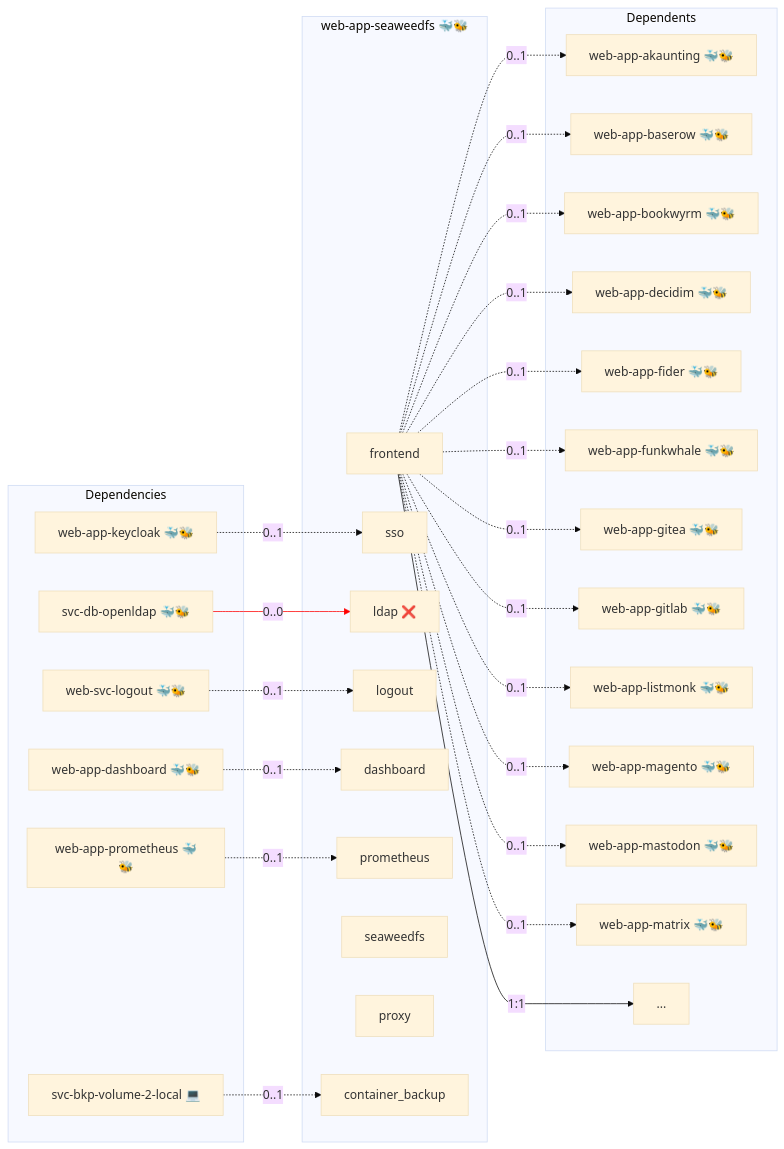
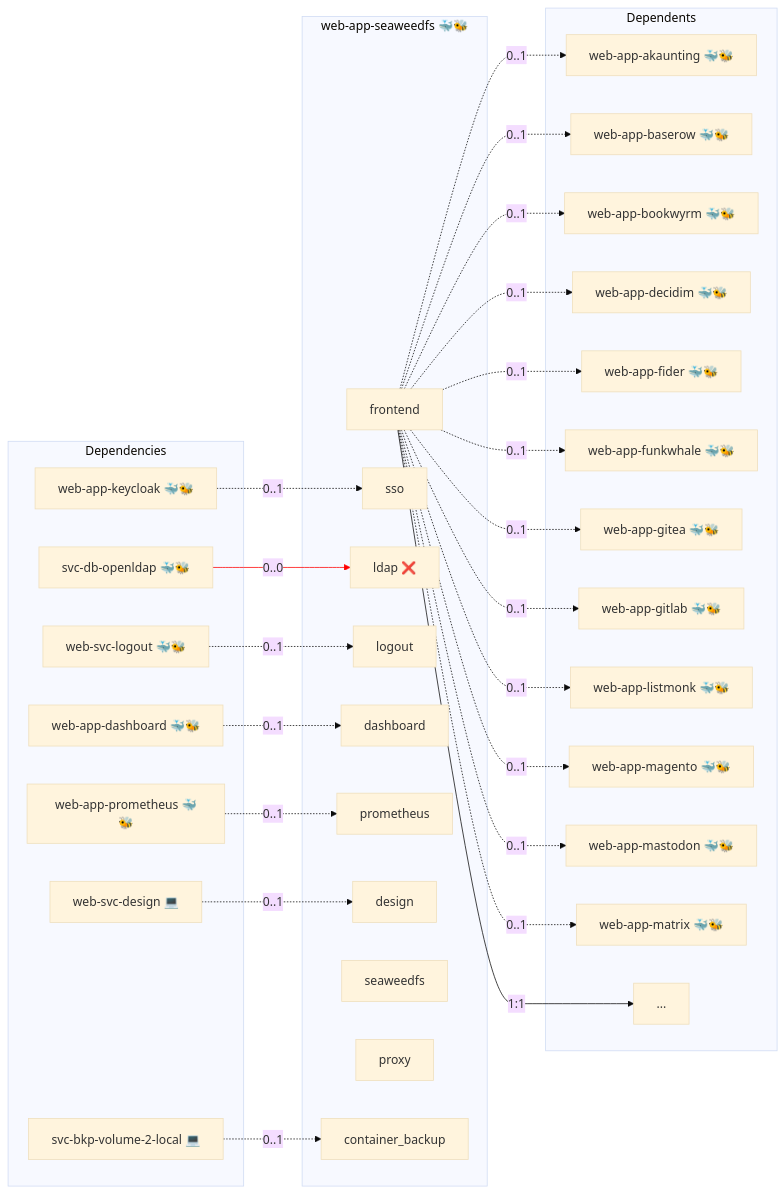
Before and after one commit to infinito-nexus/core: the diagram in roles/web-app-seaweedfs/README.md, drawn with Mermaid (base theme). The commit also changed 1 other file, not shown here.

Commit message:
docs(web-app-seaweedfs): list the design dependency in generated docs
SeaweedFS gained a design entry in meta/services.yml with its design
pass. make docs regenerates the role table in README.md and the Cosmos
diagram of the role README from that metadata, so both now show the
Corporate Design dependency and its conditional edge.

````diff
--- a/roles/web-app-seaweedfs/README.md
+++ b/roles/web-app-seaweedfs/README.md
@@ -29,57 +29,60 @@
 ```mermaid
 flowchart LR
     subgraph deps [Dependencies]
         dep_svc_bkp_volume_2_local["svc-bkp-volume-2-local 💻"]
         dep_svc_db_openldap["svc-db-openldap 🐳🐝"]
         dep_web_app_dashboard["web-app-dashboard 🐳🐝"]
         dep_web_app_keycloak["web-app-keycloak 🐳🐝"]
         dep_web_app_prometheus["web-app-prometheus 🐳🐝"]
+        dep_web_svc_design["web-svc-design 💻"]
         dep_web_svc_logout["web-svc-logout 🐳🐝"]
     end
     subgraph role [web-app-seaweedfs 🐳🐝]
         svc_frontend["frontend"]
         svc_sso["sso"]
         svc_ldap["ldap ❌"]
         svc_logout["logout"]
         svc_dashboard["dashboard"]
         svc_prometheus["prometheus"]
+        svc_design["design"]
         svc_seaweedfs["seaweedfs"]
         svc_proxy["proxy"]
         svc_container_backup["container_backup"]
     end
     subgraph dependents [Dependents]
         dpt_web_app_akaunting["web-app-akaunting 🐳🐝"]
         dpt_web_app_baserow["web-app-baserow 🐳🐝"]
         dpt_web_app_bookwyrm["web-app-bookwyrm 🐳🐝"]
         dpt_web_app_decidim["web-app-decidim 🐳🐝"]
         dpt_web_app_fider["web-app-fider 🐳🐝"]
         dpt_web_app_funkwhale["web-app-funkwhale 🐳🐝"]
         dpt_web_app_gitea["web-app-gitea 🐳🐝"]
         dpt_web_app_gitlab["web-app-gitlab 🐳🐝"]
         dpt_web_app_listmonk["web-app-listmonk 🐳🐝"]
         dpt_web_app_magento["web-app-magento 🐳🐝"]
         dpt_web_app_mastodon["web-app-mastodon 🐳🐝"]
         dpt_web_app_matrix["web-app-matrix 🐳🐝"]
         dpt_more["..."]
     end
     dep_svc_bkp_volume_2_local -. "0..1" .-> svc_container_backup
     dep_svc_db_openldap -- "0..0" --> svc_ldap
     dep_web_app_dashboard -. "0..1" .-> svc_dashboard
     dep_web_app_keycloak -. "0..1" .-> svc_sso
     dep_web_app_prometheus -. "0..1" .-> svc_prometheus
+    dep_web_svc_design -. "0..1" .-> svc_design
     dep_web_svc_logout -. "0..1" .-> svc_logout
     svc_frontend -- "1:1" --> dpt_more
     svc_frontend -. "0..1" .-> dpt_web_app_akaunting
     svc_frontend -. "0..1" .-> dpt_web_app_baserow
     svc_frontend -. "0..1" .-> dpt_web_app_bookwyrm
     svc_frontend -. "0..1" .-> dpt_web_app_decidim
     svc_frontend -. "0..1" .-> dpt_web_app_fider
     svc_frontend -. "0..1" .-> dpt_web_app_funkwhale
     svc_frontend -. "0..1" .-> dpt_web_app_gitea
     svc_frontend -. "0..1" .-> dpt_web_app_gitlab
     svc_frontend -. "0..1" .-> dpt_web_app_listmonk
     svc_frontend -. "0..1" .-> dpt_web_app_magento
     svc_frontend -. "0..1" .-> dpt_web_app_mastodon
     svc_frontend -. "0..1" .-> dpt_web_app_matrix
     linkStyle 1 stroke:red;
 ```
````
